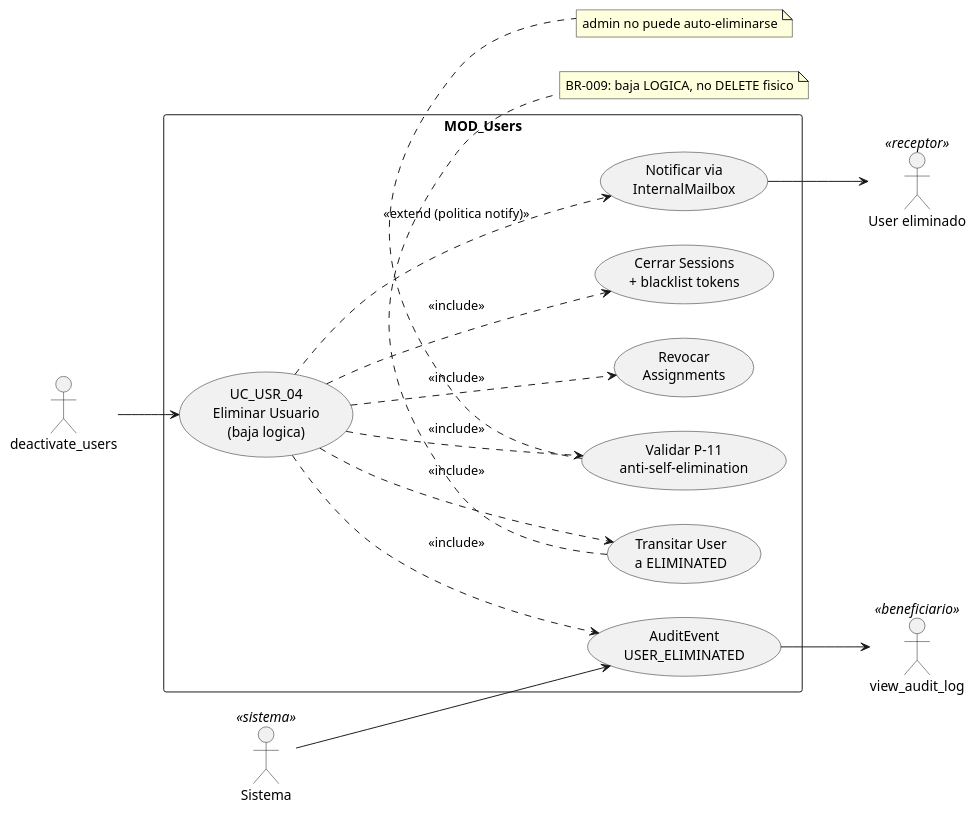
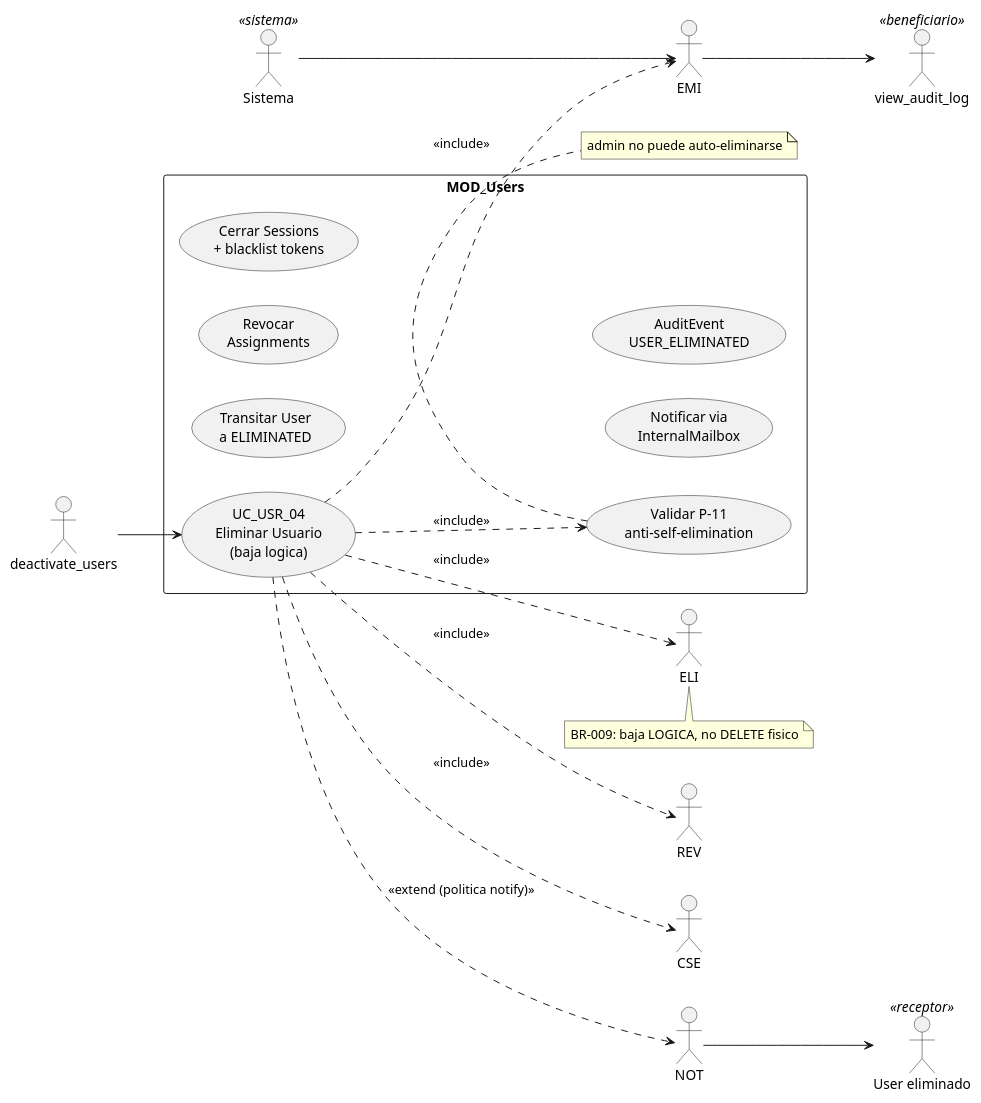
One commit to jcg-admin/IACT-docs changed the diagram in source/requisitos/casos-uso/users/uc-usr-04/diagramas-uml/diagrama-de-caso-de-uso.rst. Above: the diagram before and after it, drawn with PlantUML. The commit also changed 47 other files, not shown here.

First line of the commit message:
Fix cryptic PlantUML aliases in UC and architecture files (STD_011)

```diff
--- a/source/requisitos/casos-uso/users/uc-usr-04/diagramas-uml/diagrama-de-caso-de-uso.rst
+++ b/source/requisitos/casos-uso/users/uc-usr-04/diagramas-uml/diagrama-de-caso-de-uso.rst
@@ -4,41 +4,41 @@
 .. uml::
  :caption: UC_USR_04 — actores y casos asociados
 
  @startuml
 
  left to right direction
 
  actor "deactivate_users" as INVOKER
  actor "User eliminado" as USER <<receptor>>
  actor "view_audit_log" as view_audit_log <<beneficiario>>
  actor "Sistema" as Sistema <<sistema>>
 
  rectangle "MOD_Users" {
    usecase "UC_USR_04\nEliminar Usuario\n(baja logica)" as UC04
    usecase "Validar P-11\nanti-self-elimination" as P11
-   usecase "Transitar User\na ELIMINATED" as ELI
-   usecase "Revocar\nAssignments" as REV
-   usecase "Cerrar Sessions\n+ blacklist tokens" as CSE
-   usecase "Notificar via\nInternalMailbox" as NOT
-   usecase "AuditEvent\nUSER_ELIMINATED" as EMI
+   usecase "Transitar User\na ELIMINATED" as EliminarEntidad
+   usecase "Revocar\nAssignments" as RevocarAsignacion
+   usecase "Cerrar Sessions\n+ blacklist tokens" as CerrarSesiones
+   usecase "Notificar via\nInternalMailbox" as NotificacionMailbox
+   usecase "AuditEvent\nUSER_ELIMINATED" as AuditEmitter
  }
 
  INVOKER --> UC04
  UC04 ..> P11 : <<include>>
  UC04 ..> ELI : <<include>>
  UC04 ..> REV : <<include>>
  UC04 ..> CSE : <<include>>
  UC04 ..> NOT : <<extend (politica notify)>>
  UC04 ..> EMI : <<include>>
  NOT --> USER
  Sistema --> EMI
  EMI --> view_audit_log
 
  note bottom of ELI
    BR-009: baja LOGICA, no DELETE fisico
  end note
  note bottom of P11
    admin no puede auto-eliminarse
  end note
 
  @enduml
```
